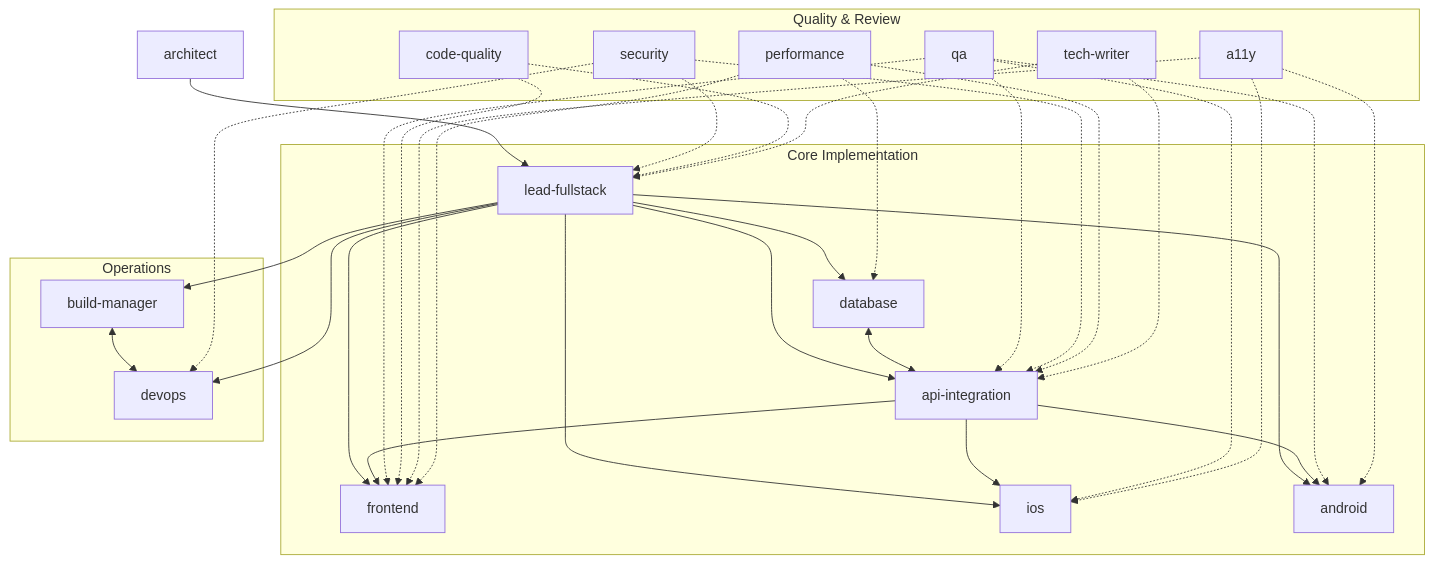
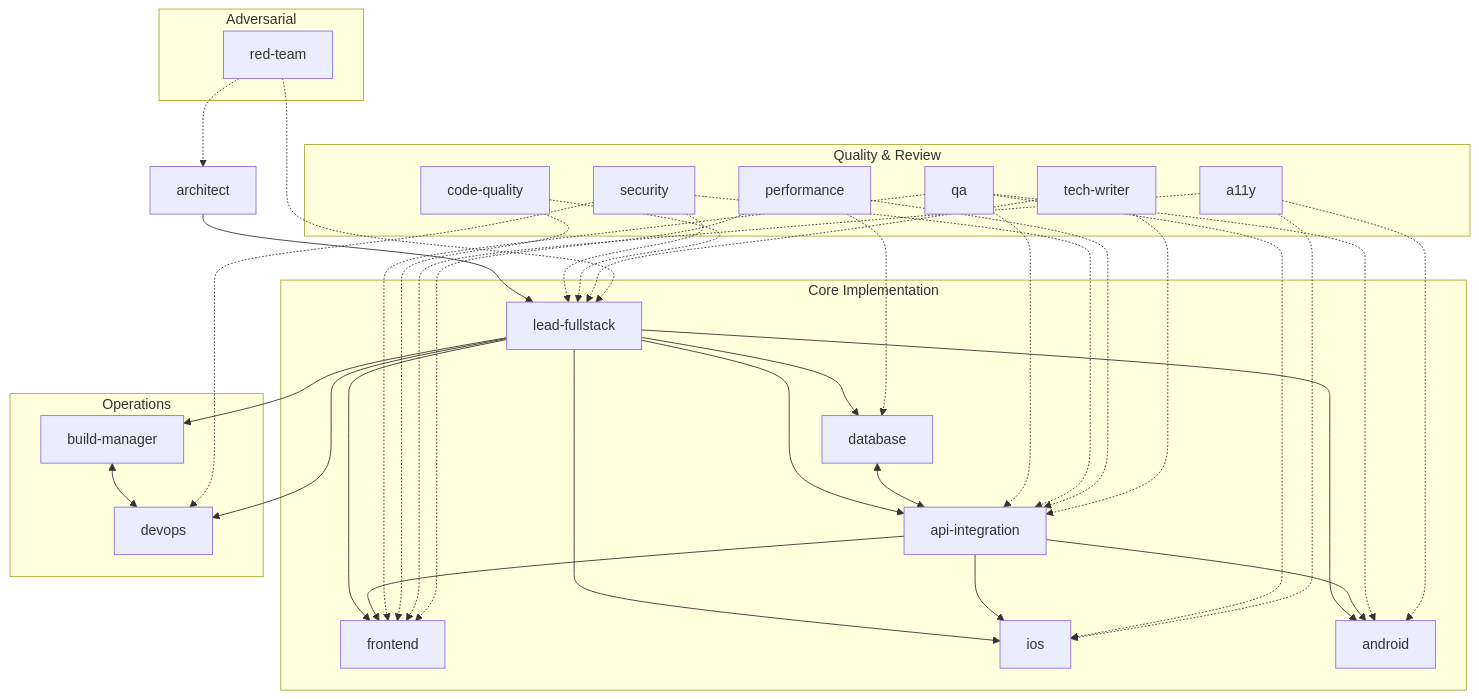
The diagram in README.md (dan-bailey/claude-agents), drawn with Mermaid before and after one commit. The commit also changed other lines of this file, not shown here.

````diff
--- a/README.md
+++ b/README.md
@@ -9,61 +46,68 @@
 ```mermaid
 flowchart TD
     ARCH[architect]
 
     subgraph CORE ["Core Implementation"]
         LEAD[lead-fullstack]
         FE[frontend]
         API[api-integration]
         DB[database]
         IOS[ios]
         AND[android]
     end
 
     subgraph OPS ["Operations"]
         DEVOPS[devops]
         BM[build-manager]
     end
 
     subgraph QUALITY ["Quality & Review"]
         QA[qa]
         SEC[security]
         CQ[code-quality]
         A11Y[a11y]
         PERF[performance]
         TW[tech-writer]
+    end
+
+    subgraph ADVERSARIAL ["Adversarial"]
+        RT[red-team]
     end
 
     ARCH --> LEAD
 
     LEAD --> FE
     LEAD --> API
     LEAD --> DB
     LEAD --> IOS
     LEAD --> AND
     LEAD --> DEVOPS
     LEAD --> BM
 
     API --> FE
     API --> IOS
     API --> AND
     DB <--> API
     BM <--> DEVOPS
 
     QA -.-> FE
     QA -.-> API
     QA -.-> IOS
     QA -.-> AND
     SEC -.-> LEAD
     SEC -.-> API
     SEC -.-> DEVOPS
     CQ -.-> FE
     CQ -.-> LEAD
     A11Y -.-> FE
     A11Y -.-> IOS
     A11Y -.-> AND
     PERF -.-> FE
     PERF -.-> API
     PERF -.-> DB
     TW -.-> API
     TW -.-> LEAD
+
+    RT -.-> ARCH
+    RT -.-> LEAD
 ```
````
